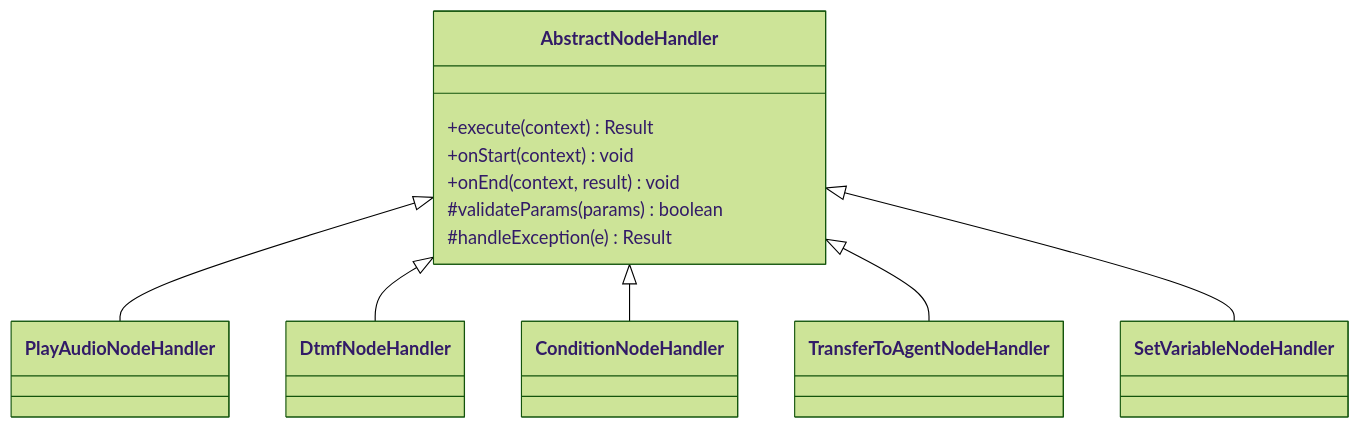
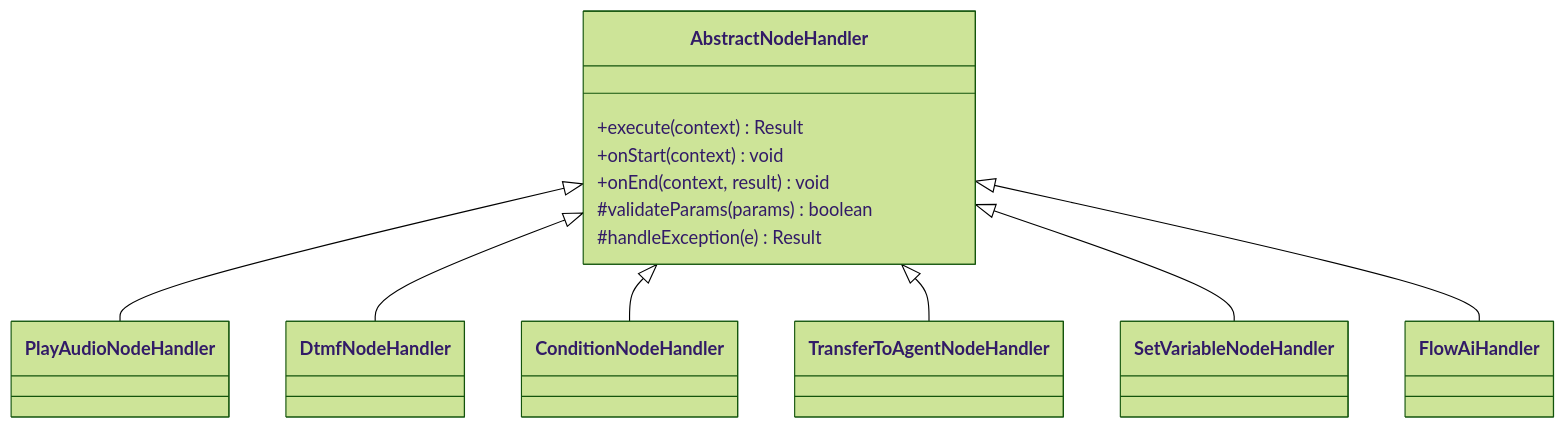
One commit to D2Moqi/open-ipcc changed the third of 11 diagrams in .qoder/repowiki/zh/content/IVR流程系统/节点处理器/节点处理器.md. Above: the diagram before and after it, drawn with Mermaid (forest theme). The commit also changed other lines of this file and 577 other files, not shown here.

````diff
--- a/.qoder/repowiki/zh/content/IVR流程系统/节点处理器/节点处理器.md
+++ b/.qoder/repowiki/zh/content/IVR流程系统/节点处理器/节点处理器.md
@@ -177,20 +184,22 @@
 ```mermaid
 classDiagram
 class AbstractNodeHandler {
 +execute(context) Result
 +onStart(context) void
 +onEnd(context, result) void
 #validateParams(params) boolean
 #handleException(e) Result
 }
 class PlayAudioNodeHandler
 class DtmfNodeHandler
 class ConditionNodeHandler
 class TransferToAgentNodeHandler
 class SetVariableNodeHandler
+class FlowAiHandler
 AbstractNodeHandler <|-- PlayAudioNodeHandler
 AbstractNodeHandler <|-- DtmfNodeHandler
 AbstractNodeHandler <|-- ConditionNodeHandler
 AbstractNodeHandler <|-- TransferToAgentNodeHandler
 AbstractNodeHandler <|-- SetVariableNodeHandler
+AbstractNodeHandler <|-- FlowAiHandler
 ```
````
